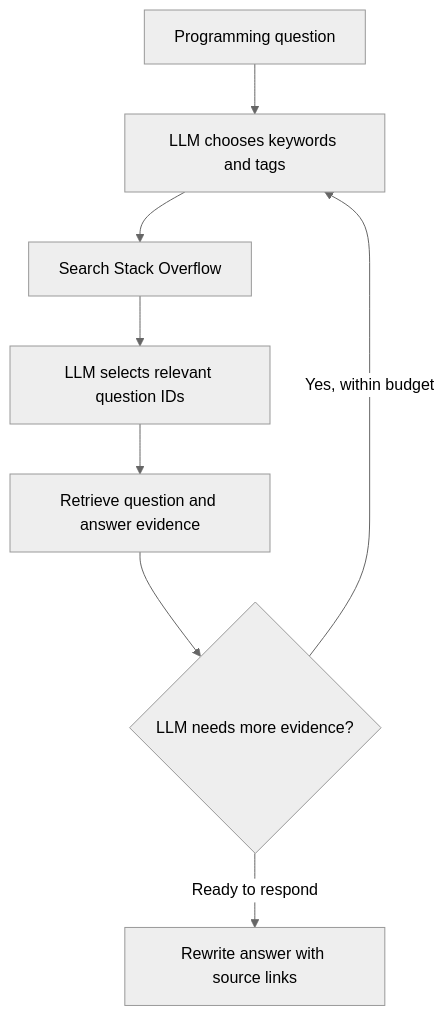
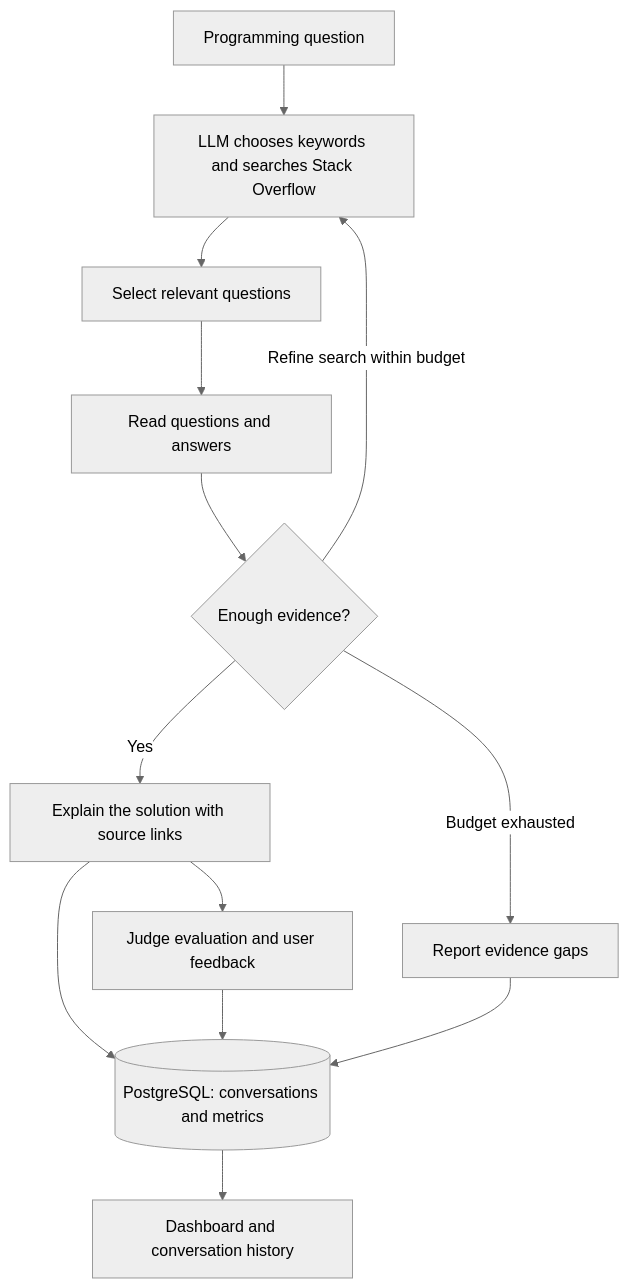
Before and after one commit to buttuxama/StackOverflow-Agentic-RAG: the diagram in README.md, drawn with Mermaid (neutral theme). The commit also changed other lines of this file and 22 other files, not shown here.

````diff
--- a/README.md
+++ b/README.md
@@ -38,10 +79,15 @@
 ```mermaid
 flowchart TD
-    A[Programming question] --> B[LLM chooses keywords and tags]
-    B --> C[Search Stack Overflow]
-    C --> D[LLM selects relevant question IDs]
-    D --> E[Retrieve question and answer evidence]
-    E --> F{LLM needs more evidence?}
-    F -->|Yes, within budget| B
-    F -->|Ready to respond| G[Rewrite answer with source links]
+    Question[Programming question] --> Search[LLM chooses keywords and searches Stack Overflow]
+    Search --> Select[Select relevant questions]
+    Select --> Read[Read questions and answers]
+    Read --> Ready{Enough evidence?}
+    Ready -->|Refine search within budget| Search
+    Ready -->|Yes| Answer[Explain the solution with source links]
+    Ready -->|Budget exhausted| Limited[Report evidence gaps]
+    Answer --> Database[(PostgreSQL: conversations and metrics)]
+    Limited --> Database
+    Answer --> Feedback[Judge evaluation and user feedback]
+    Feedback --> Database
+    Database --> Dashboard[Dashboard and conversation history]
 ```
````
